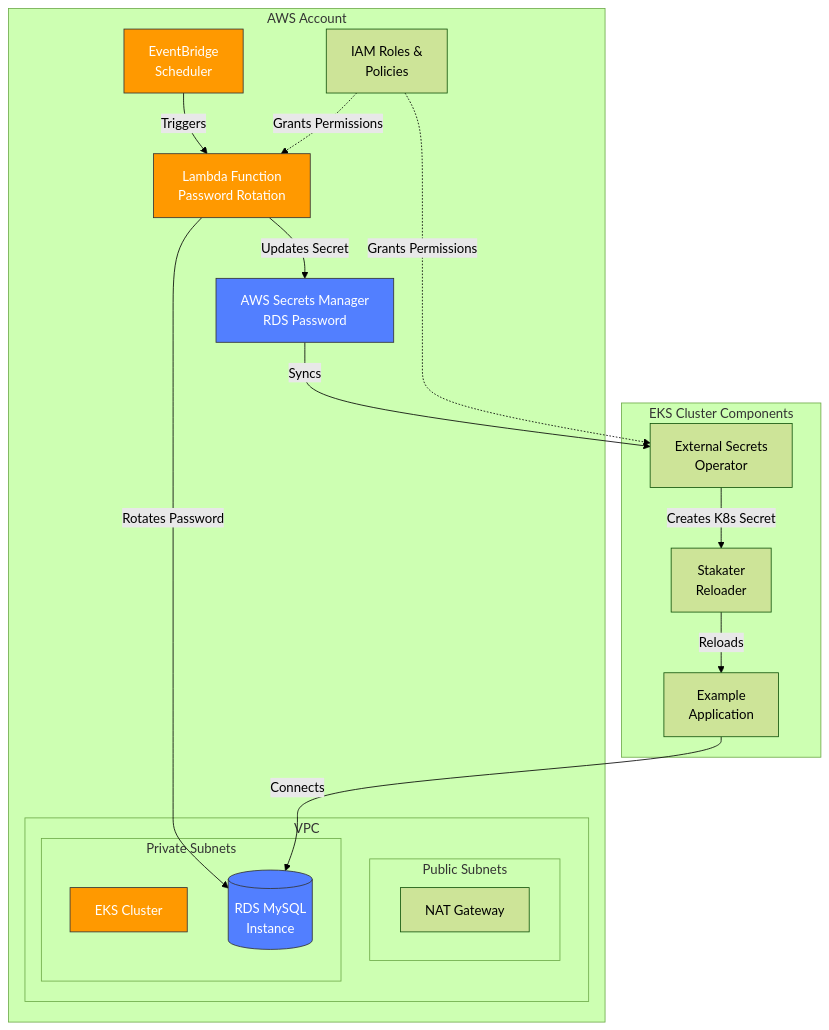
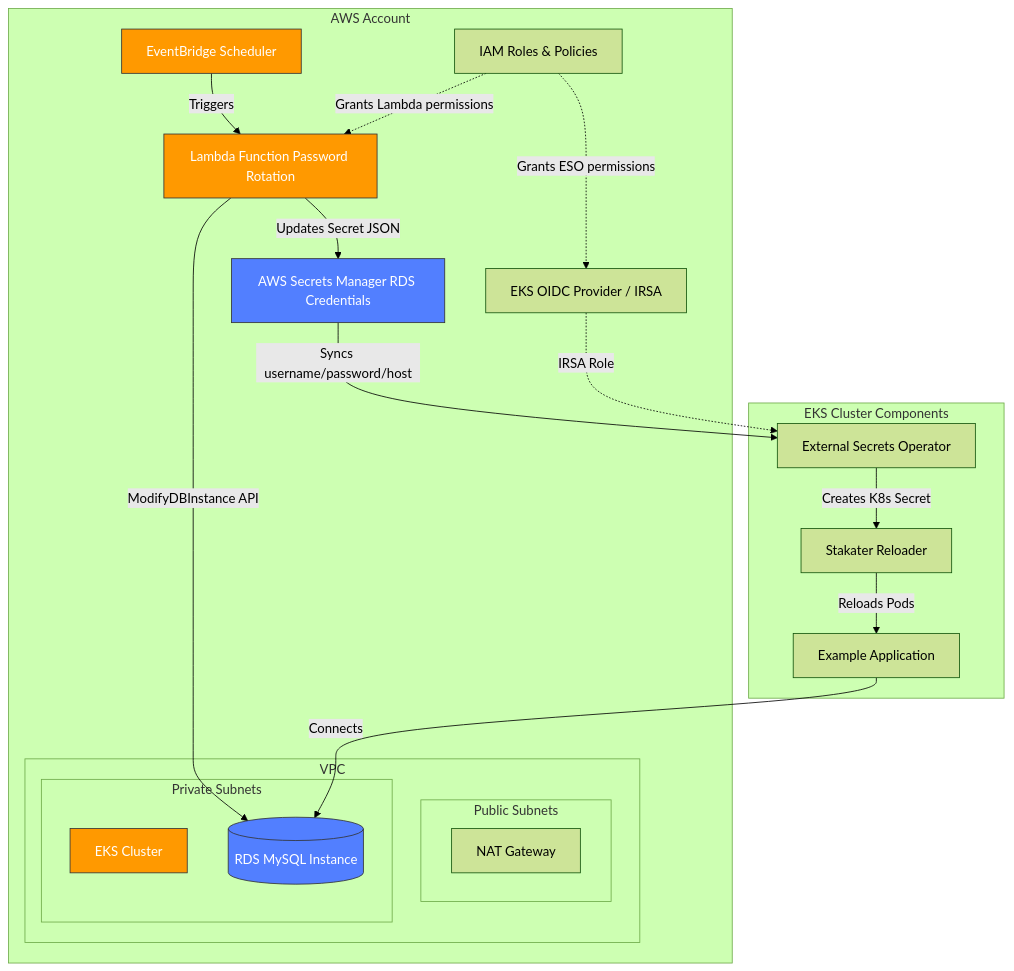
The diagram in README.md (imagefactory-web/rds-password-rotation), drawn with Mermaid (forest theme) before and after one commit. The commit also changed 6 other files, not shown here.

````diff
--- a/README.md
+++ b/README.md
@@ -15,41 +15,44 @@
 ```mermaid
 graph TB
     subgraph "AWS Account"
         subgraph "VPC"
             subgraph "Public Subnets"
                 NAT["NAT Gateway"]
             end
             subgraph "Private Subnets"
                 EKS["EKS Cluster"]
-                RDS[("RDS MySQL<br/>Instance")]
+                RDS[("RDS MySQL Instance")]
             end
         end
-        
-        EB["EventBridge<br/>Scheduler"]
-        Lambda["Lambda Function<br/>Password Rotation"]
-        SM["AWS Secrets Manager<br/>RDS Password"]
-        IAM["IAM Roles &<br/>Policies"]
+
+        EB["EventBridge Scheduler"]
+        Lambda["Lambda Function Password Rotation"]
+        SM["AWS Secrets Manager RDS Credentials"]
+        IAM["IAM Roles & Policies"]
+        OIDC["EKS OIDC Provider / IRSA"]
     end
-    
+
     subgraph "EKS Cluster Components"
-        ESO["External Secrets<br/>Operator"]
-        Reloader["Stakater<br/>Reloader"]
-        App["Example<br/>Application"]
+        ESO["External Secrets Operator"]
+        Reloader["Stakater Reloader"]
+        App["Example Application"]
     end
-    
+
     EB -->|Triggers| Lambda
-    Lambda -->|Updates Secret| SM
-    Lambda -->|Rotates Password| RDS
-    SM -->|Syncs| ESO
+    Lambda -->|ModifyDBInstance API| RDS
+    Lambda -->|Updates Secret JSON| SM
+    SM -->|Syncs username/password/host| ESO
     ESO -->|Creates K8s Secret| Reloader
-    Reloader -->|Reloads| App
+    Reloader -->|Reloads Pods| App
     App -->|Connects| RDS
-    IAM -.->|Grants Permissions| Lambda
-    IAM -.->|Grants Permissions| ESO
-    
+
+    IAM -.->|Grants Lambda permissions| Lambda
+    IAM -.->|Grants ESO permissions| OIDC
+    OIDC -.->|IRSA Role| ESO
+
     style EKS fill:#FF9900,stroke:#333,color:#fff
     style RDS fill:#527FFF,stroke:#333,color:#fff
     style Lambda fill:#FF9900,stroke:#333,color:#fff
     style SM fill:#527FFF,stroke:#333,color:#fff
     style EB fill:#FF9900,stroke:#333,color:#fff
 ```
````
